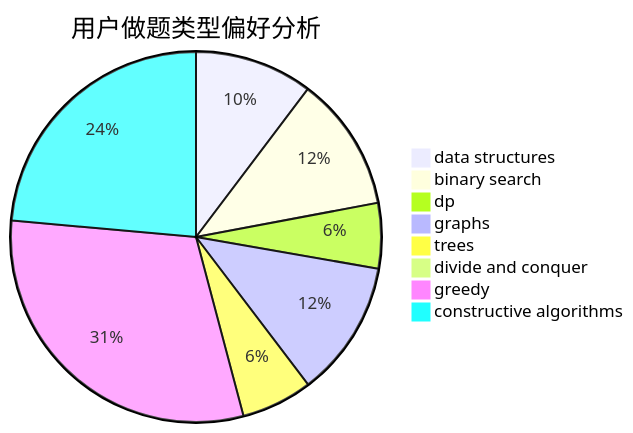
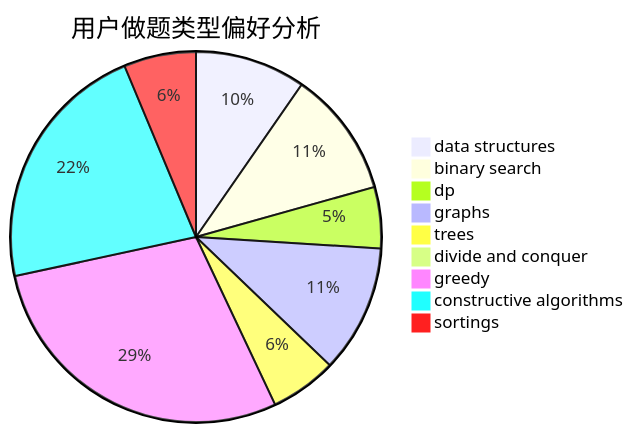
One commit to sherpahu/cfrs.github.io changed the second of 3 diagrams in docs/user/u742.md. Above: the diagram before and after it, drawn with Mermaid. The commit also changed other lines of this file and 2769 other files, not shown here.

````diff
--- a/docs/user/u742.md
+++ b/docs/user/u742.md
@@ -23,11 +18,12 @@
 ```mermaid
 pie title 用户做题类型偏好分析
     "data structures" :  121
     "binary search" :  138
     "dp" :  67
     "graphs" :  140
     "trees" :  73
     "divide and conquer" :  2
     "greedy" :  359
     "constructive algorithms" :  277
+    "sortings" :  79
 ```
````
